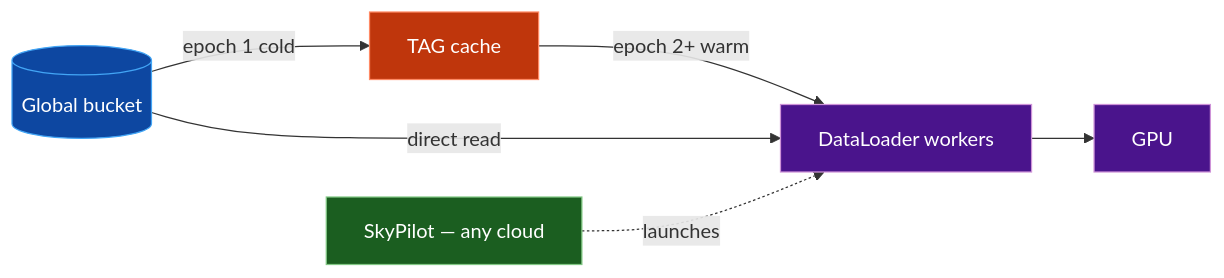
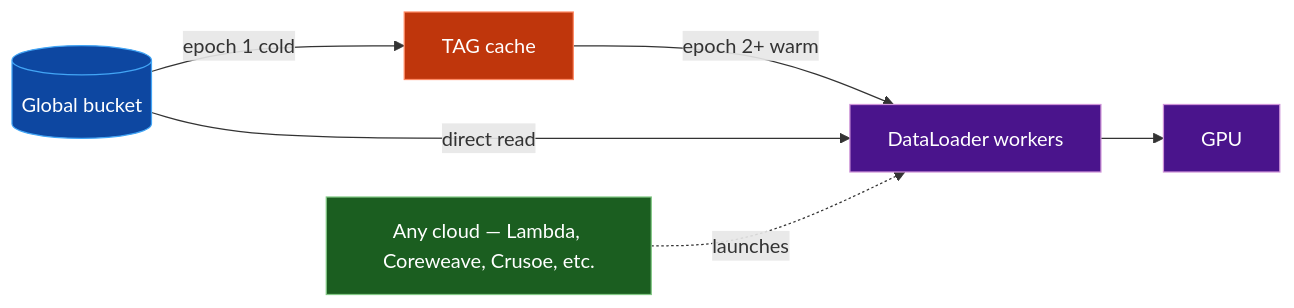
Before and after one commit to tigrisdata/tigris-os-docs: the first of 6 diagrams in docs/training-use-cases.mdx, drawn with Mermaid. The commit also changed other lines of this file, not shown here.

`````diff
--- a/docs/training-use-cases.mdx
+++ b/docs/training-use-cases.mdx
@@ -71,15 +71,15 @@
 ```mermaid
 flowchart LR
     classDef bucket fill:#0d47a1,stroke:#42a5f5,color:#fff
     classDef gpu    fill:#4a148c,stroke:#ce93d8,color:#fff
     classDef tag    fill:#bf360c,stroke:#ff8a65,color:#fff
     classDef cloud  fill:#1b5e20,stroke:#81c784,color:#fff
 
     GB[(Global bucket)]:::bucket -->|epoch 1 cold| TAG[TAG cache]:::tag
     TAG -->|epoch 2+ warm| DL[DataLoader workers]:::gpu
     GB -->|direct read| DL
     DL --> GPU[GPU]:::gpu
 
-    SKY[SkyPilot — any cloud]:::cloud -.->|launches| DL
+    ANY[Any cloud — Lambda, Coreweave, Crusoe, etc.]:::cloud -.->|launches| DL
 
-````
+```
`````
